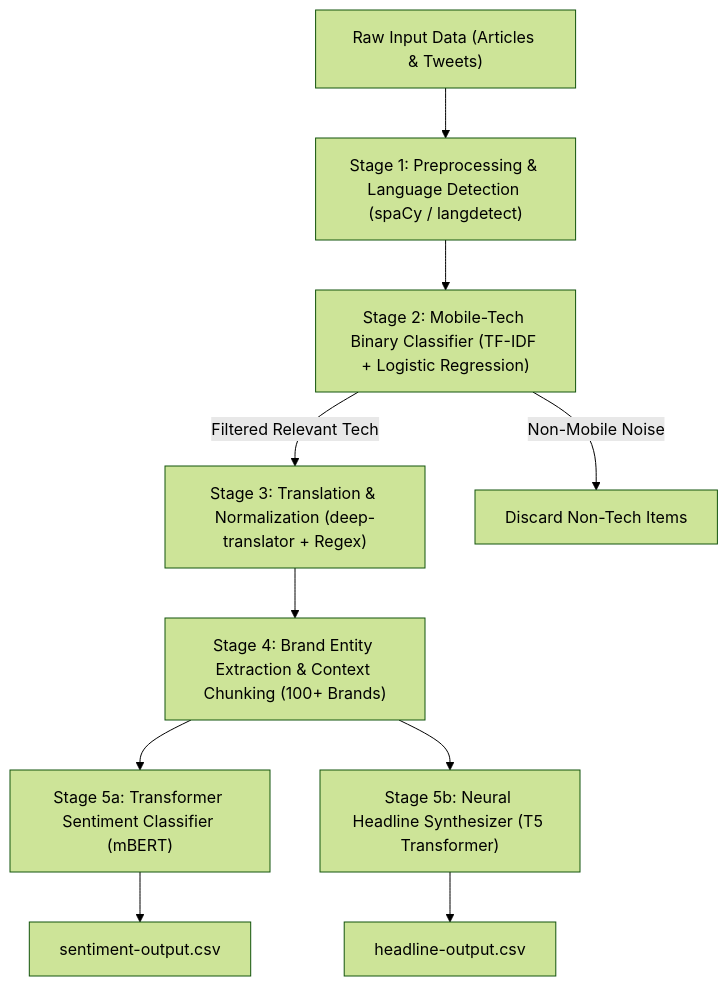
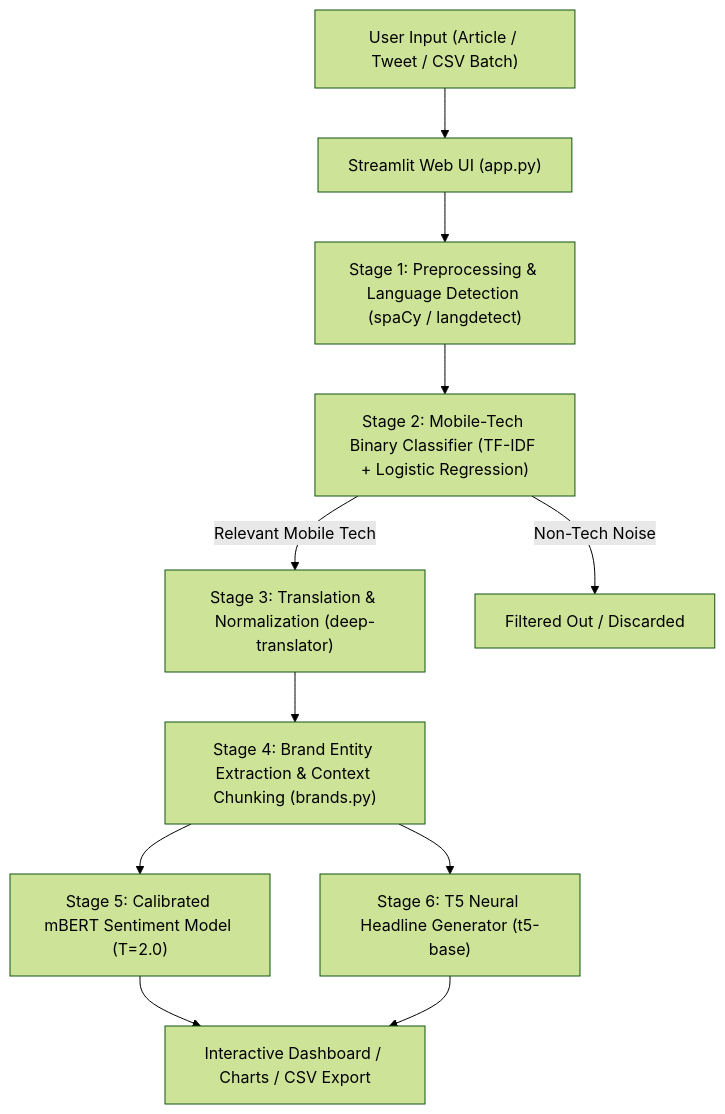
Before and after one commit to Kritvi0208/BrandPulse: the first of 3 diagrams in README.md, drawn with Mermaid (forest theme). The commit also changed other lines of this file and 10 other files, not shown here.

Commit message:
Enhance BrandPulse pipeline: fine-tune mBERT sentiment model, update brand extraction rules, redesign Streamlit UI, and update documentation

````diff
--- a/README.md
+++ b/README.md
@@ -66,12 +47,13 @@
 ```mermaid
 flowchart TD
-    U["Raw Input Data (Articles & Tweets)"] --> P["Stage 1: Preprocessing & Language Detection (spaCy / langdetect)"]
+    U["User Input (Article / Tweet / CSV Batch)"] --> F["Streamlit Web UI (app.py)"]
+    F --> P["Stage 1: Preprocessing & Language Detection (spaCy / langdetect)"]
     P --> C["Stage 2: Mobile-Tech Binary Classifier (TF-IDF + Logistic Regression)"]
-    C -->|Filtered Relevant Tech| T["Stage 3: Translation & Normalization (deep-translator + Regex)"]
-    C -->|Non-Mobile Noise| X["Discard Non-Tech Items"]
-    T --> B["Stage 4: Brand Entity Extraction & Context Chunking (100+ Brands)"]
-    B --> S["Stage 5a: Transformer Sentiment Classifier (mBERT)"]
-    B --> H["Stage 5b: Neural Headline Synthesizer (T5 Transformer)"]
-    S --> OUT1["sentiment-output.csv"]
-    H --> OUT2["headline-output.csv"]
+    C -->|Relevant Mobile Tech| T["Stage 3: Translation & Normalization (deep-translator)"]
+    C -->|Non-Tech Noise| X["Filtered Out / Discarded"]
+    T --> B["Stage 4: Brand Entity Extraction & Context Chunking (brands.py)"]
+    B --> S["Stage 5: Calibrated mBERT Sentiment Model (T=2.0)"]
+    B --> H["Stage 6: T5 Neural Headline Generator (t5-base)"]
+    S --> R["Interactive Dashboard / Charts / CSV Export"]
+    H --> R
 ```
````
